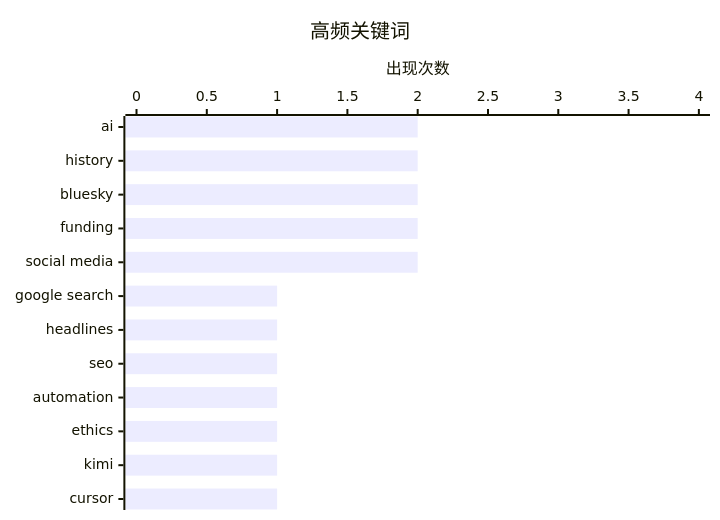
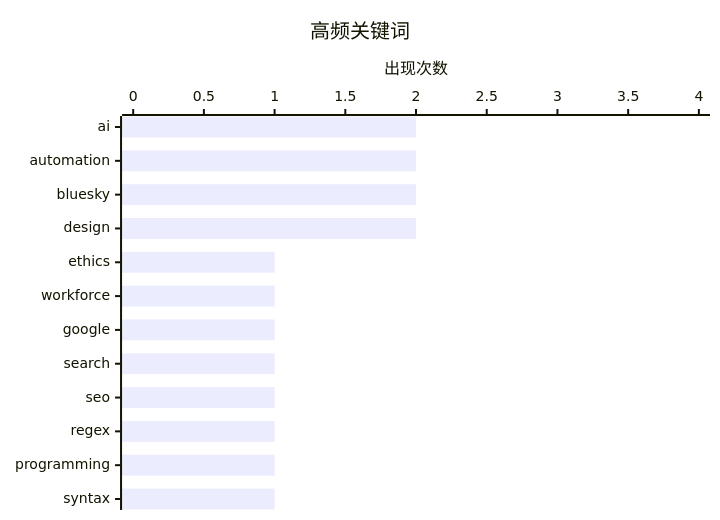
One commit to SamhooXee/aidigest changed the second of 2 diagrams in content/digest_2026-03-21.md. Above: the diagram before and after it, drawn with Mermaid. The commit also changed other lines of this file, not shown here.

````diff
--- a/content/digest_2026-03-21.md
+++ b/content/digest_2026-03-21.md
@@ -59,7 +65,7 @@
 ```mermaid
 xychart-beta horizontal
     title "高频关键词"
-    x-axis ["ai", "history", "bluesky", "funding", "social media", "google search", "headlines", "seo", "automation", "ethics", "kimi", "cursor"]
+    x-axis ["ai", "automation", "bluesky", "design", "ethics", "workforce", "google", "search", "seo", "regex", "programming", "syntax"]
     y-axis "出现次数" 0 --> 4
-    bar [2, 2, 2, 2, 2, 1, 1, 1, 1, 1, 1, 1]
+    bar [2, 2, 2, 2, 1, 1, 1, 1, 1, 1, 1, 1]
 ```
````
